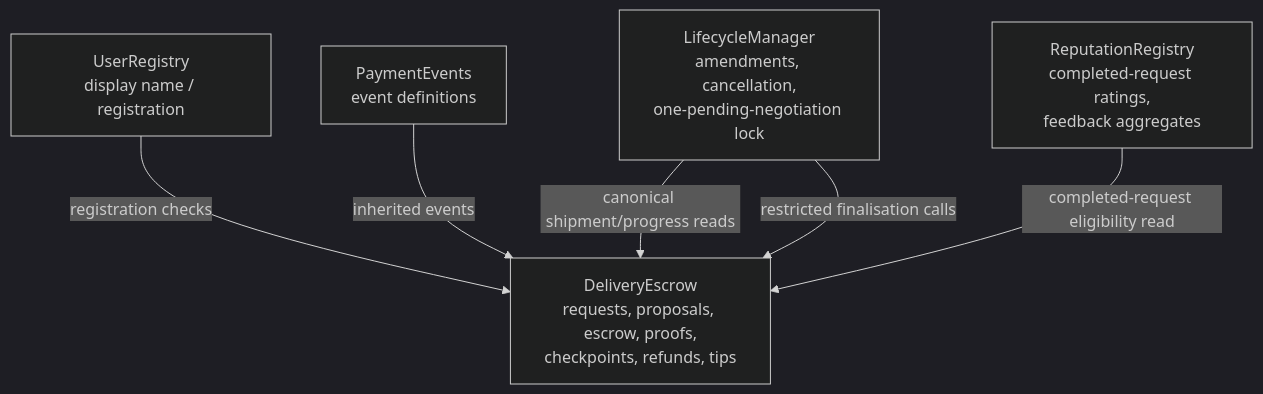
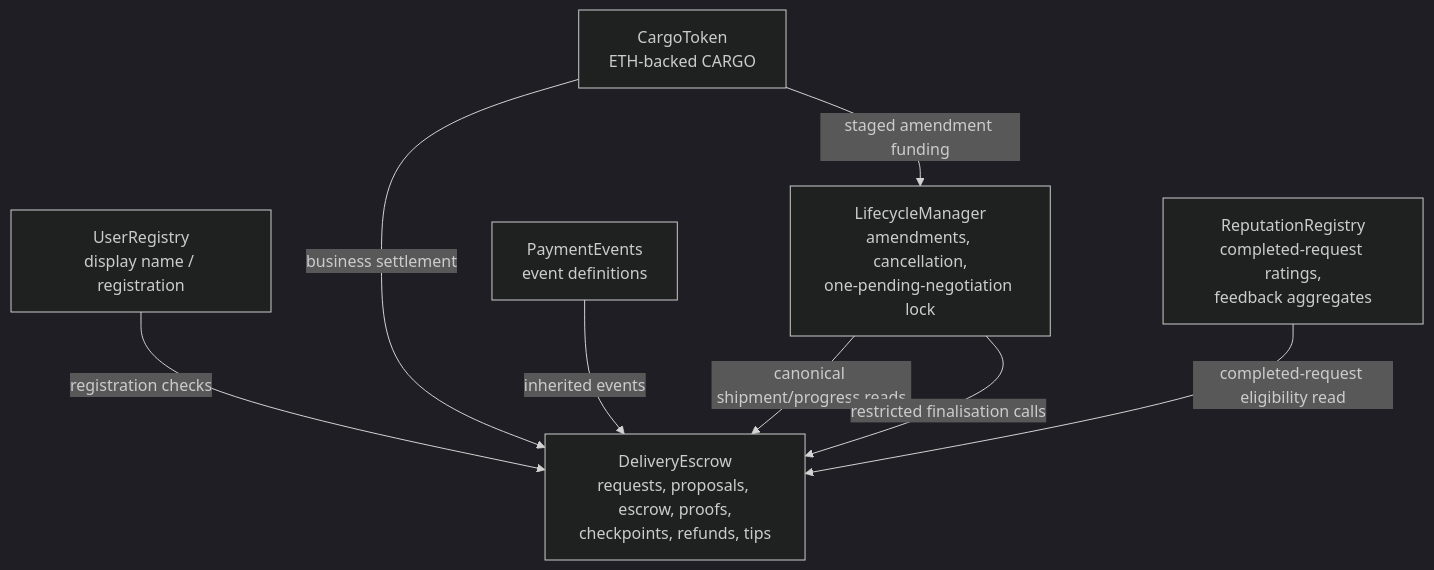
Before and after one commit to Cstan0824/CargoChain: the second of 4 diagrams in docs/Architecture.md, drawn with Mermaid (dark theme). The commit also changed other lines of this file and 76 other files, not shown here.

First line of the commit message:
feat: add CARGO settlement and gas reimbursement

````diff
--- a/docs/Architecture.md
+++ b/docs/Architecture.md
@@ -33,14 +33,17 @@
 ```mermaid
 flowchart TB
   Registry[UserRegistry<br/>display name / registration]
+  Token[CargoToken<br/>ETH-backed CARGO]
   Escrow[DeliveryEscrow<br/>requests, proposals, escrow, proofs,<br/>checkpoints, refunds, tips]
   Lifecycle[LifecycleManager<br/>amendments, cancellation,<br/>one-pending-negotiation lock]
   Reputation[ReputationRegistry<br/>completed-request ratings,<br/>feedback aggregates]
   Events[PaymentEvents<br/>event definitions]
 
   Registry -->|registration checks| Escrow
+  Token -->|business settlement| Escrow
+  Token -->|staged amendment funding| Lifecycle
   Events -->|inherited events| Escrow
   Lifecycle -->|canonical shipment/progress reads| Escrow
   Lifecycle -->|restricted finalisation calls| Escrow
   Reputation -->|completed-request eligibility read| Escrow
 ```
````
